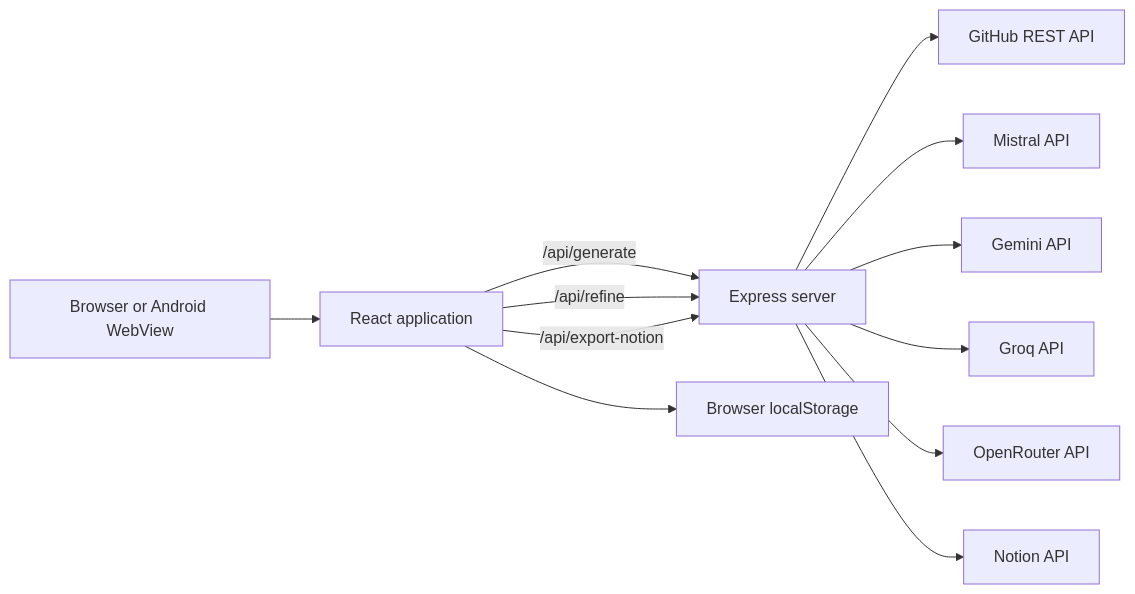
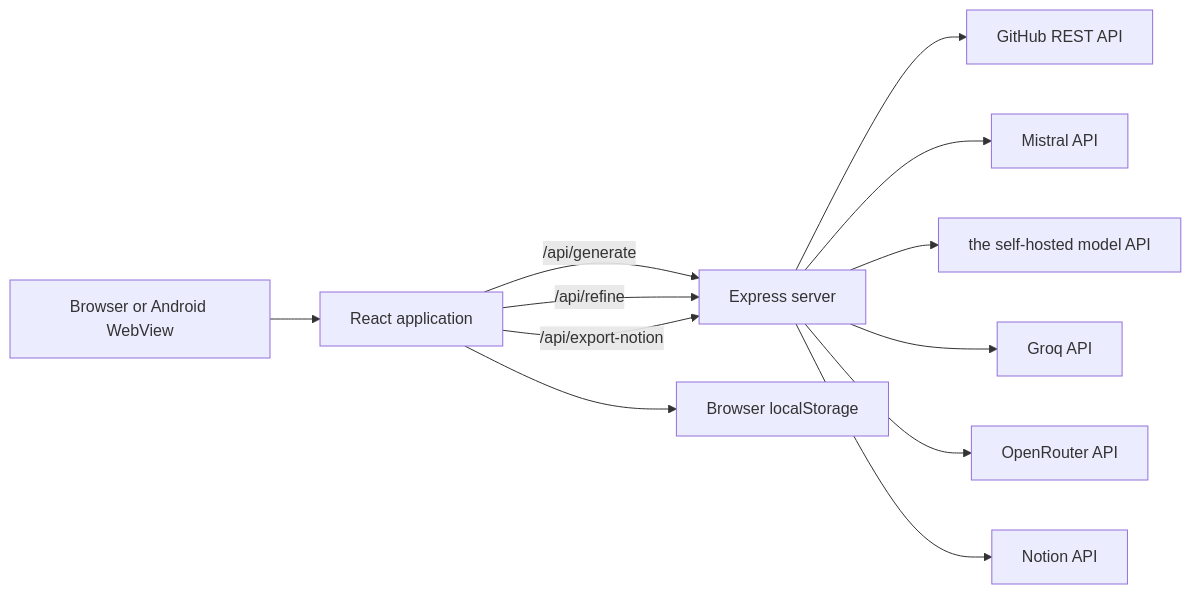
The first of 2 diagrams in docs/architecture.md (CassieMarie0728/void-repo-docs), drawn with Mermaid before and after one commit. The commit also changed other lines of this file and 56 other files, not shown here.

````diff
--- a/docs/architecture.md
+++ b/docs/architecture.md
@@ -15,14 +15,14 @@
 ```mermaid
 flowchart LR
     U["Browser or Android WebView"] --> R["React application"]
     R -->|"/api/generate"| E["Express server"]
     R -->|"/api/refine"| E
     R -->|"/api/export-notion"| E
     E --> G["GitHub REST API"]
     E --> M["Mistral API"]
-    E --> X["Gemini API"]
+    E --> X["the self-hosted model API"]
     E --> Q["Groq API"]
     E --> O["OpenRouter API"]
     E --> N["Notion API"]
     R --> L["Browser localStorage"]
 ```
````
